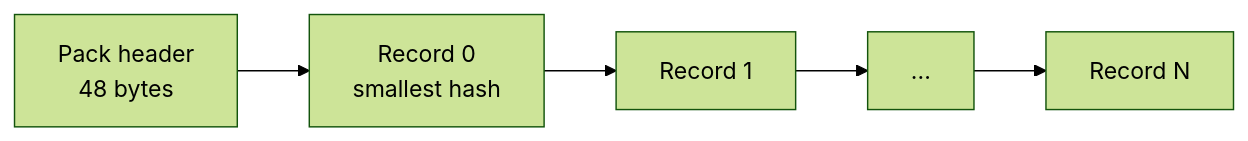
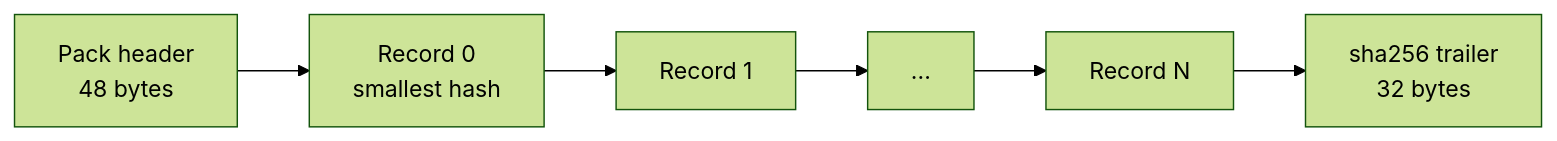
One commit to bondy-io/bondy changed the third of 9 diagrams in apps/bondy_mst/doc_extras/architecture/02_bondy_mst.md. Above: the diagram before and after it, drawn with Mermaid (forest theme). The commit also changed other lines of this file and 449 other files, not shown here.

````diff
--- a/apps/bondy_mst/doc_extras/architecture/02_bondy_mst.md
+++ b/apps/bondy_mst/doc_extras/architecture/02_bondy_mst.md
@@ -151,10 +161,11 @@
 ```mermaid
 flowchart LR
     H["Pack header<br/>48 bytes"]
     R0["Record 0<br/>smallest hash"]
     R1[Record 1]
     R2[...]
     RN[Record N]
+    T["sha256 trailer<br/>32 bytes"]
 
-    H --> R0 --> R1 --> R2 --> RN
+    H --> R0 --> R1 --> R2 --> RN --> T
 ```
````
